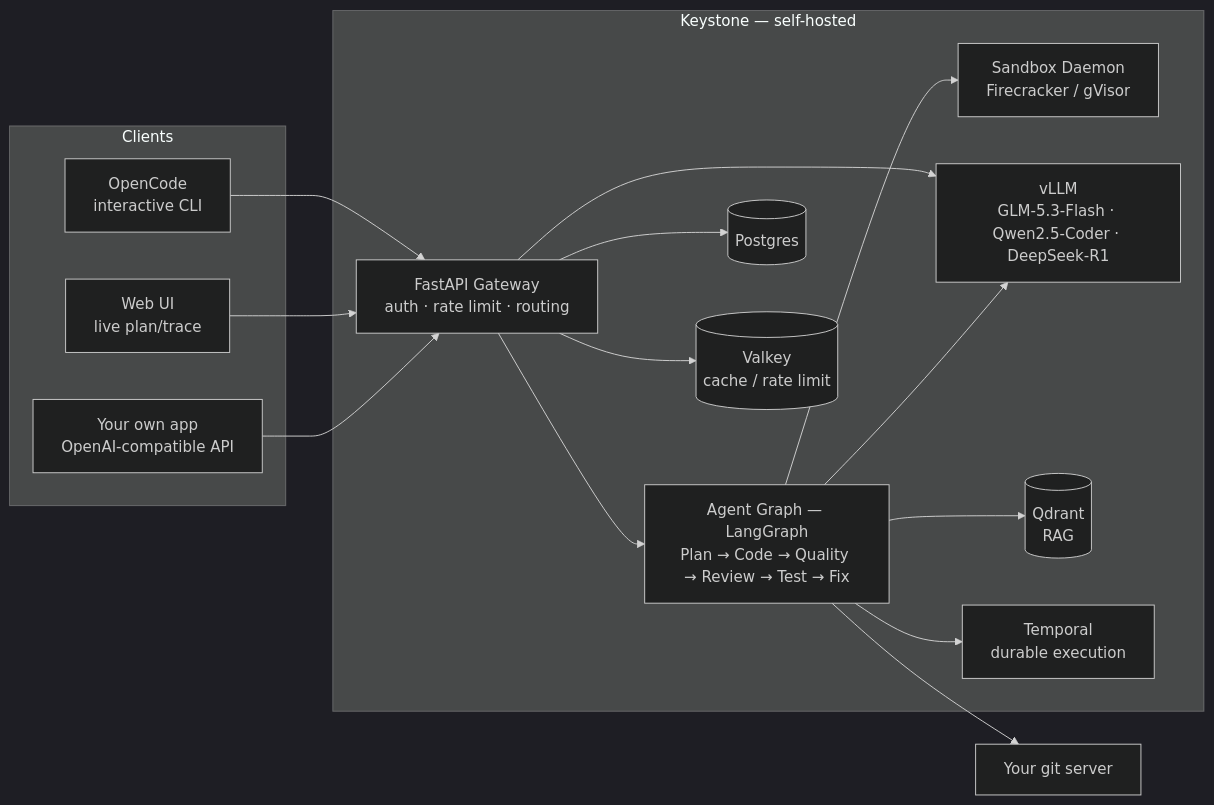
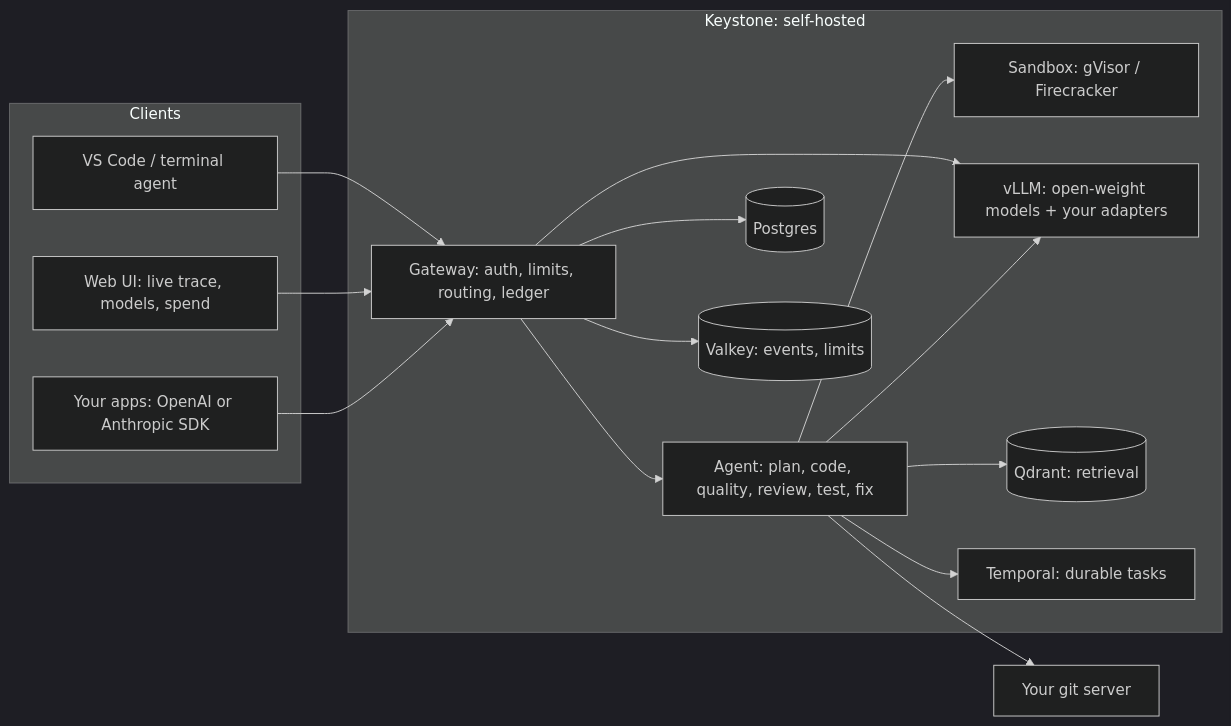
One commit to GGChamp85/keystone changed the diagram in README.md. Above: the diagram before and after it, drawn with Mermaid (dark theme). The commit also changed other lines of this file and 10 other files, not shown here.

First line of the commit message:
Executive-level README and client docs; gateway, agent, benchmarks and enterprise guides

````diff
--- a/README.md
+++ b/README.md
@@ -91,34 +77,34 @@
 ```mermaid
 flowchart LR
     subgraph clients [Clients]
-        CLI[OpenCode<br/>interactive CLI]
-        WEB[Web UI<br/>live plan/trace]
-        API[Your own app<br/>OpenAI-compatible API]
+        IDE[VS Code / terminal agent]
+        WEB[Web UI: live trace, models, spend]
+        API[Your apps: OpenAI or Anthropic SDK]
     end
 
-    subgraph keystone [Keystone — self-hosted]
-        GW[FastAPI Gateway<br/>auth · rate limit · routing]
-        AGENT[Agent Graph — LangGraph<br/>Plan → Code → Quality → Review → Test → Fix]
-        SANDBOX[Sandbox Daemon<br/>Firecracker / gVisor]
-        VLLM[vLLM<br/>GLM-5.3-Flash · Qwen2.5-Coder · DeepSeek-R1]
+    subgraph keystone [Keystone: self-hosted]
+        GW[Gateway: auth, limits, routing, ledger]
+        AGENT[Agent: plan, code, quality, review, test, fix]
+        SANDBOX[Sandbox: gVisor / Firecracker]
+        VLLM[vLLM: open-weight models + your adapters]
         DB[(Postgres)]
-        VDB[(Qdrant<br/>RAG)]
-        Q[(Valkey<br/>cache / rate limit)]
-        TMP[Temporal<br/>durable execution]
+        VDB[(Qdrant: retrieval)]
+        Q[(Valkey: events, limits)]
+        TMP[Temporal: durable tasks]
     end
 
     GIT[Your git server]
 
-    CLI --> GW
+    IDE --> GW
     WEB --> GW
     API --> GW
+    GW --> VLLM
     GW --> AGENT
-    GW --> VLLM
     AGENT --> VLLM
     AGENT --> SANDBOX
     AGENT --> GIT
     AGENT --> TMP
     AGENT --> VDB
     GW --> DB
     GW --> Q
 ```
````
